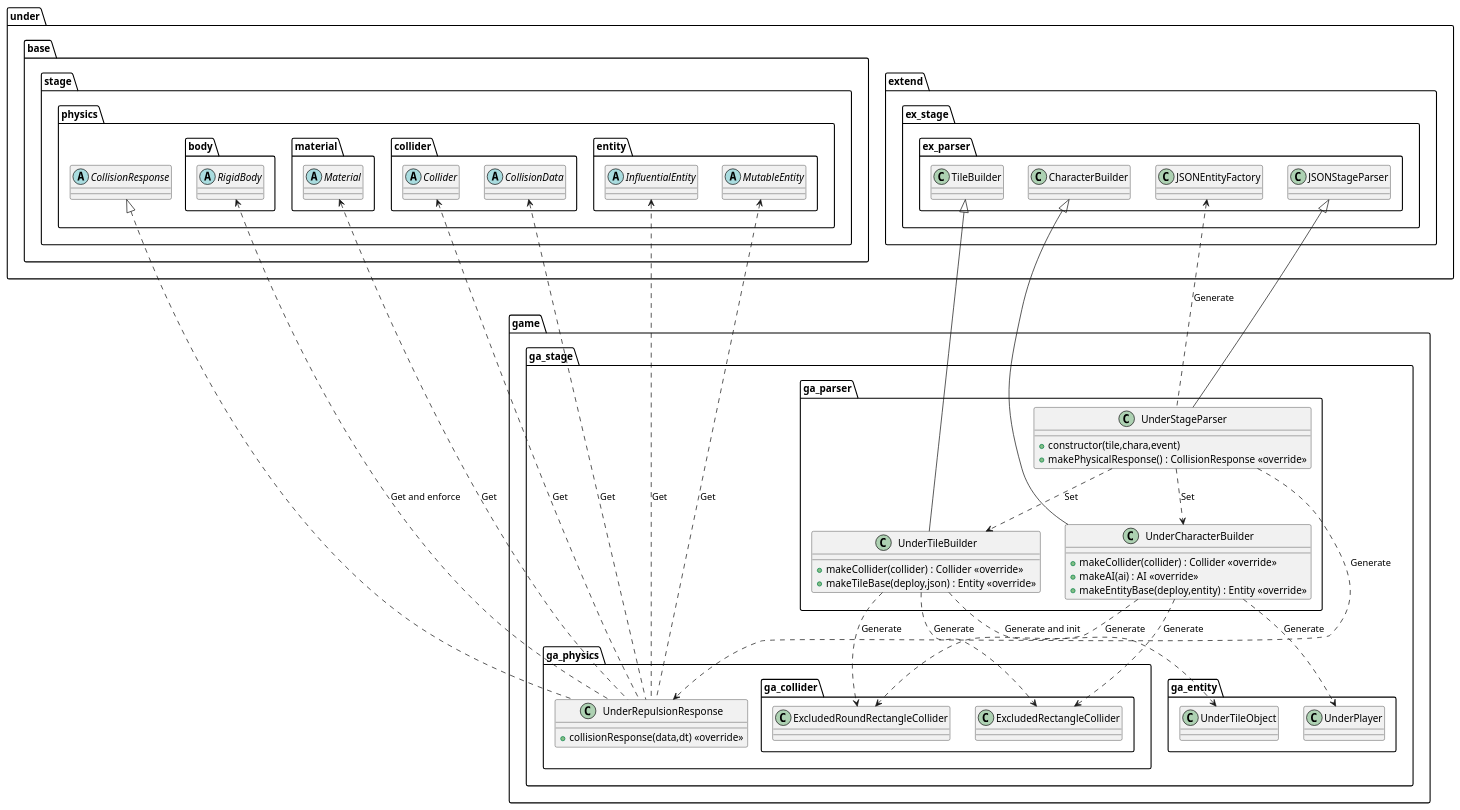
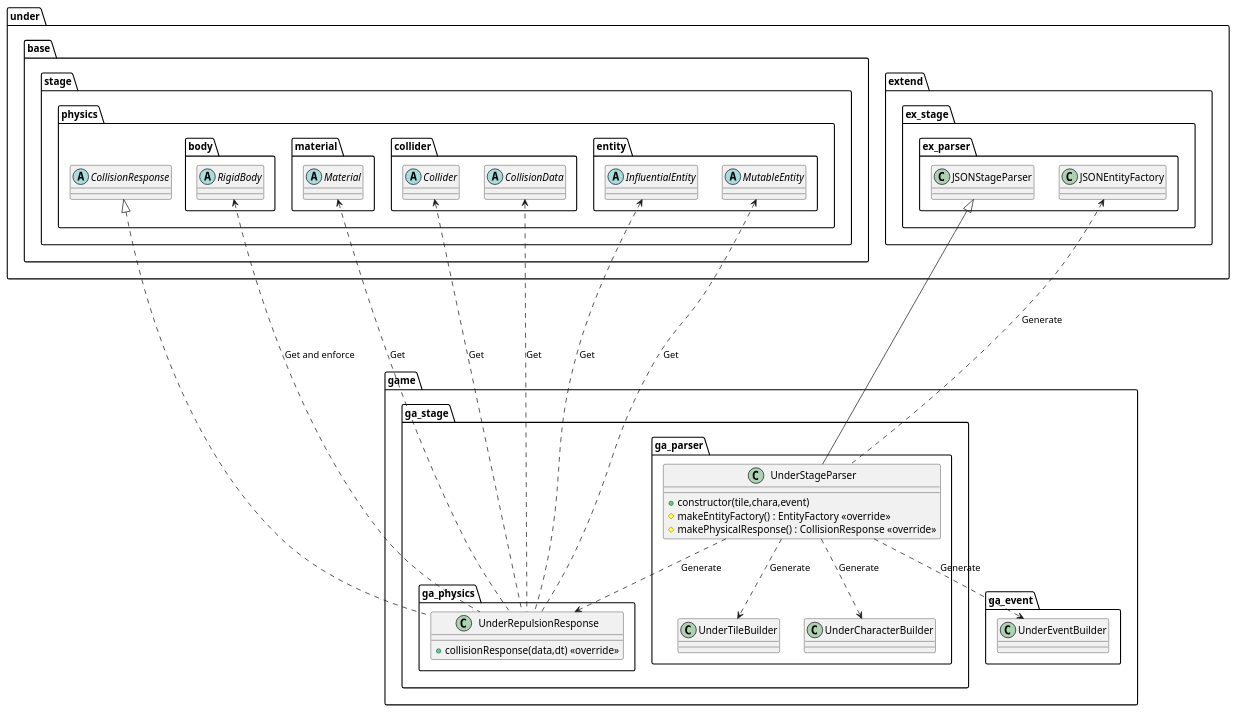
Before and after one commit to Expine/Under: the diagram in uml/stage/Game.wsd, drawn with PlantUML. The commit also changed 58 other files, not shown here.

Commit message:
Abstract owned entity and generating attack object

```diff
--- a/uml/stage/Game.wsd
+++ b/uml/stage/Game.wsd
@@ -1,103 +1,84 @@
 @startuml StageGame
 
 package game {
     package ga_stage {
         package ga_parser {
             class UnderStageParser {
                 +constructor(tile,chara,event)
-                +makePhysicalResponse() : CollisionResponse <<override>>
-            }
-            class UnderTileBuilder {
-                +makeCollider(collider) : Collider <<override>>
-                +makeTileBase(deploy,json) : Entity <<override>>
-            }
-            class UnderCharacterBuilder {
-                +makeCollider(collider) : Collider <<override>>
-                +makeAI(ai) : AI <<override>>
-                +makeEntityBase(deploy,entity) : Entity <<override>>
+                #makeEntityFactory() : EntityFactory <<override>>
+                #makePhysicalResponse() : CollisionResponse <<override>>
             }
         }
 
         package ga_physics {
             class UnderRepulsionResponse {
                 +collisionResponse(data,dt) <<override>>
             }
         }
     }
 }
 
 package game {
-    package ga_stage {
-        package ga_entity {
-            class UnderTileObject
-            class UnderPlayer
-        }
-        package ga_physics {
-            package ga_collider {
-                class ExcludedRectangleCollider
-                class ExcludedRoundRectangleCollider
-            }
-        }
-    }
 }
 
 package under {
     package base {
         package stage {
             package physics {
                 abstract CollisionResponse
                 package body {
                     abstract RigidBody
                 }
                 package material {
                     abstract Material
                 }
                 package collider {
                     abstract Collider
                     abstract CollisionData
                 }
                 package entity {
                     abstract InfluentialEntity
                     abstract MutableEntity
                 }
             }
         }
     }
     package extend {
         package ex_stage {
             package ex_parser {
                 class JSONStageParser
                 class JSONEntityFactory
-                class TileBuilder
-                class CharacterBuilder
             }
         }
     }
 }
 
-UnderStageParser ..> UnderTileBuilder : Set
-UnderStageParser ..> UnderCharacterBuilder : Set
+package game {
+    package ga_event {
+        class UnderEventBuilder
+    }
+    package ga_stage {
+        package ga_parser {
+            class UnderTileBuilder
+            class UnderCharacterBuilder
+        }
+    }
+}
+
+UnderStageParser ..> UnderTileBuilder : Generate
+UnderStageParser ..> UnderCharacterBuilder : Generate
+UnderStageParser ..> UnderEventBuilder : Generate
 UnderStageParser ..> UnderRepulsionResponse : Generate
 JSONEntityFactory <.. UnderStageParser : Generate
-
-UnderTileBuilder ..> UnderTileObject : Generate and init
-UnderTileBuilder ..> ExcludedRectangleCollider : Generate
-UnderTileBuilder ..> ExcludedRoundRectangleCollider : Generate
-
-UnderCharacterBuilder ..> UnderPlayer : Generate
-UnderCharacterBuilder ..> ExcludedRectangleCollider : Generate
-UnderCharacterBuilder ..> ExcludedRoundRectangleCollider : Generate
 
 RigidBody <.. UnderRepulsionResponse : Get and enforce
 Material <.. UnderRepulsionResponse : Get
 Collider <.. UnderRepulsionResponse : Get
 InfluentialEntity <.. UnderRepulsionResponse : Get
 MutableEntity <.. UnderRepulsionResponse : Get
 CollisionData <.. UnderRepulsionResponse : Get
 
 JSONStageParser <|-- UnderStageParser
-TileBuilder <|-- UnderTileBuilder
-CharacterBuilder <|-- UnderCharacterBuilder
 CollisionResponse <|.... UnderRepulsionResponse
 
 @enduml
```
